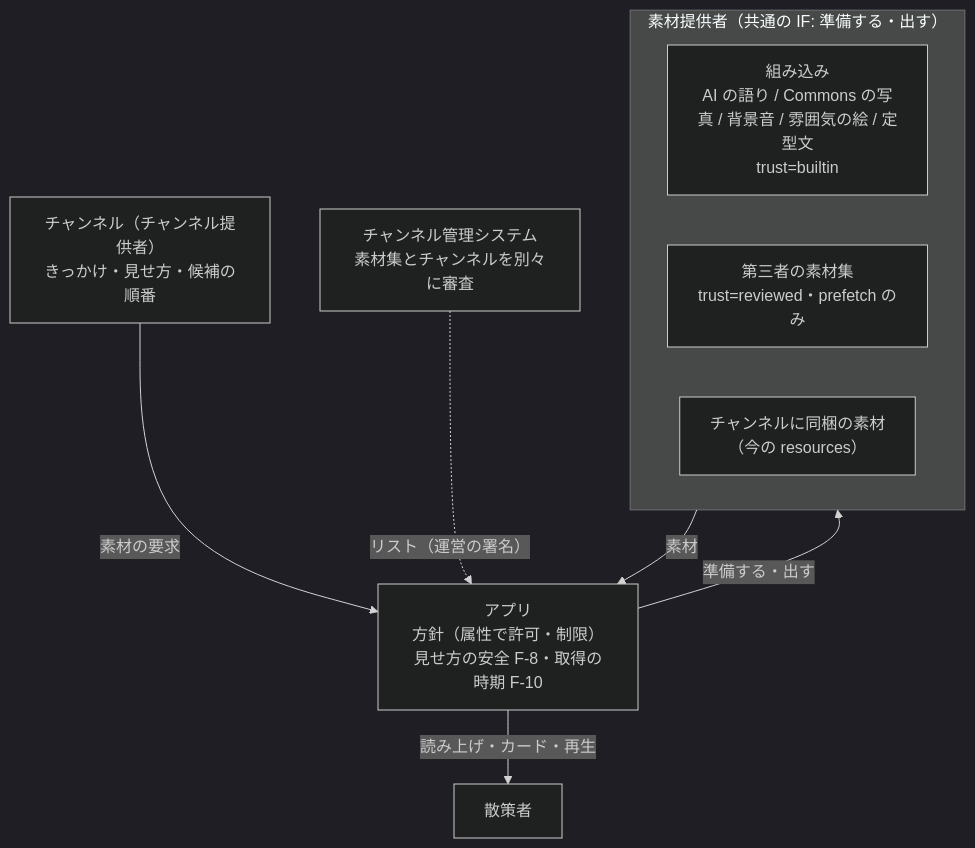
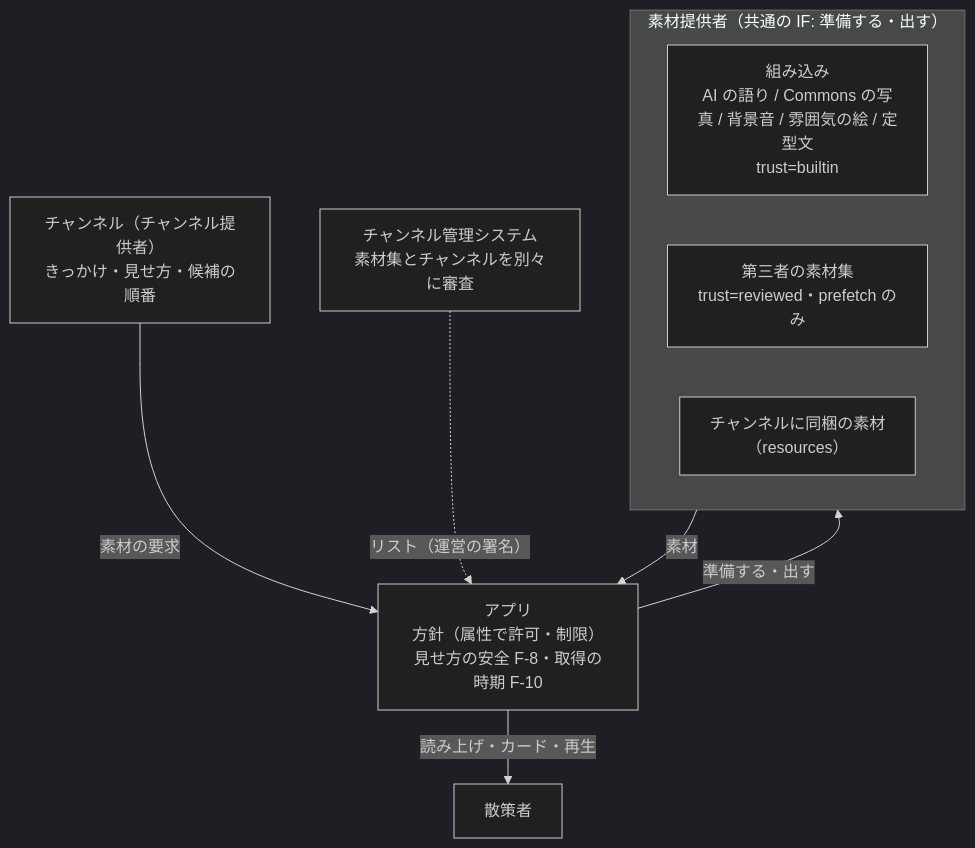
One commit to duwenji/yorisoi-platform changed the diagram in docs/adr/ADR-002-material-producers.md. Above: the diagram before and after it, drawn with Mermaid (dark theme). The commit also changed other lines of this file and 40 other files, not shown here.

````diff
--- a/docs/adr/ADR-002-material-producers.md
+++ b/docs/adr/ADR-002-material-producers.md
@@ -96,16 +96,16 @@
 ```mermaid
 flowchart TB
     subgraph 素材提供者["素材提供者（共通の IF: 準備する・出す）"]
         B["組み込み<br/>AI の語り / Commons の写真 / 背景音 / 雰囲気の絵 / 定型文<br/>trust=builtin"]
         T["第三者の素材集<br/>trust=reviewed・prefetch のみ"]
-        S["チャンネルに同梱の素材<br/>（今の resources）"]
+        S["チャンネルに同梱の素材<br/>（resources）"]
     end
     CH["チャンネル（チャンネル提供者）<br/>きっかけ・見せ方・候補の順番"]
     A["アプリ<br/>方針（属性で許可・制限）<br/>見せ方の安全 F-8・取得の時期 F-10"]
     U["散策者"]
     CH -- "素材の要求" --> A
     A -- "準備する・出す" --> 素材提供者
     素材提供者 -- "素材" --> A
     A -- "読み上げ・カード・再生" --> U
     M["チャンネル管理システム<br/>素材集とチャンネルを別々に審査"] -. "リスト（運営の署名）" .-> A
 ```
````
